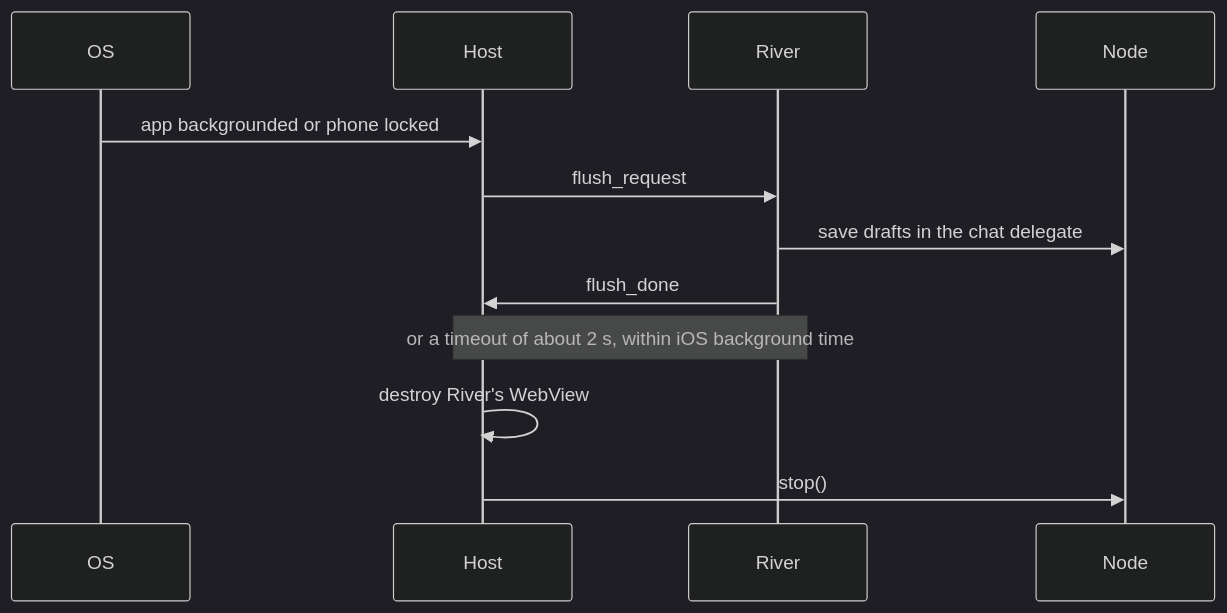
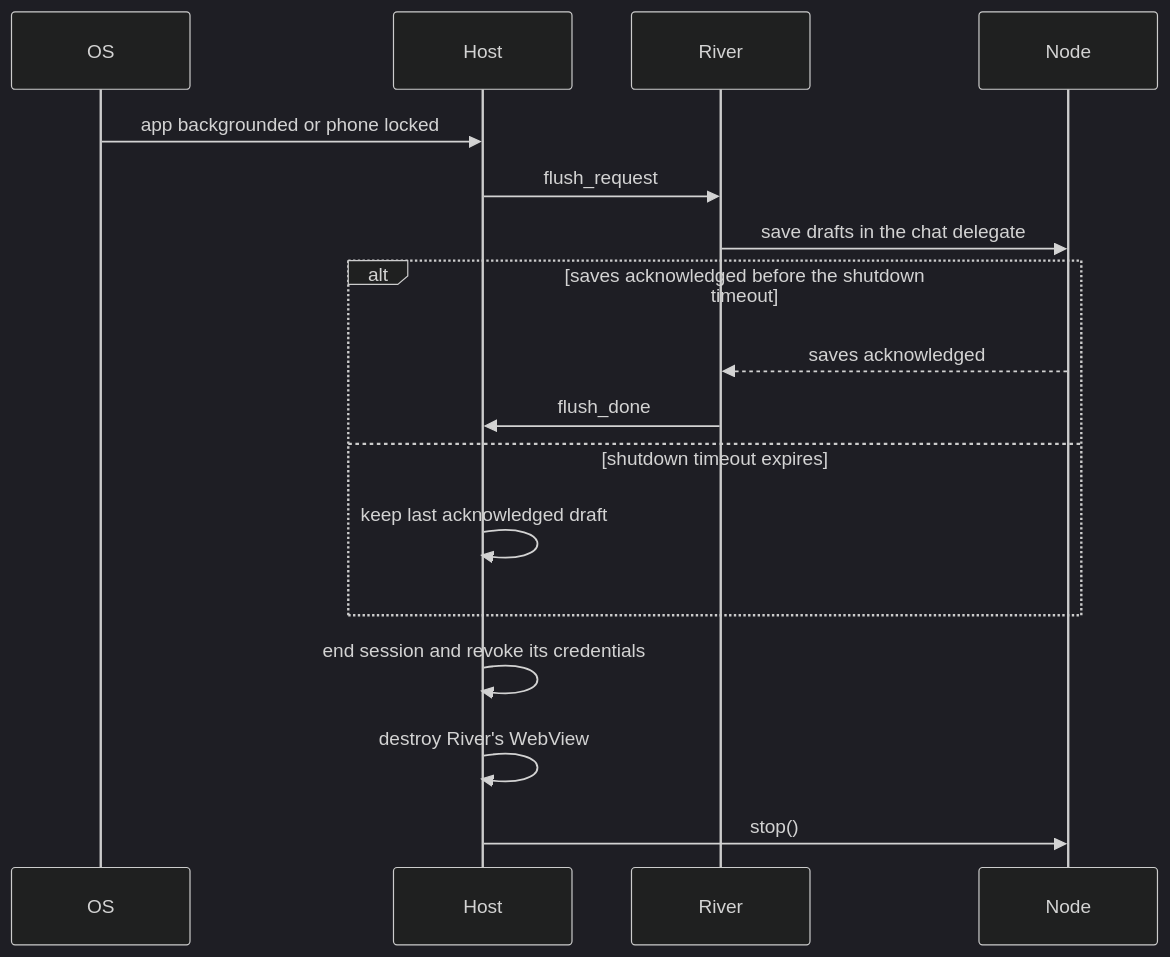
Before and after one commit to EVY-Platform/evy-freenet-plans: the second of 2 diagrams in 1-freenet-mobile-appkit/03-host.md, drawn with Mermaid (dark theme). The commit also changed other lines of this file and 1 other file, not shown here.

````diff
--- a/1-freenet-mobile-appkit/03-host.md
+++ b/1-freenet-mobile-appkit/03-host.md
@@ -153,14 +176,19 @@
 ```mermaid
 sequenceDiagram
   participant OS
   participant Host
   participant River
   participant Node
   OS->>Host: app backgrounded or phone locked
   Host->>River: flush_request
   River->>Node: save drafts in the chat delegate
-  River->>Host: flush_done
-  Note over Host,River: or a timeout of about 2 s, within iOS background time
+  alt saves acknowledged before the shutdown timeout
+    Node-->>River: saves acknowledged
+    River->>Host: flush_done
+  else shutdown timeout expires
+    Host->>Host: keep last acknowledged draft
+  end
+  Host->>Host: end session and revoke its credentials
   Host->>Host: destroy River's WebView
   Host->>Node: stop()
 ```
````
